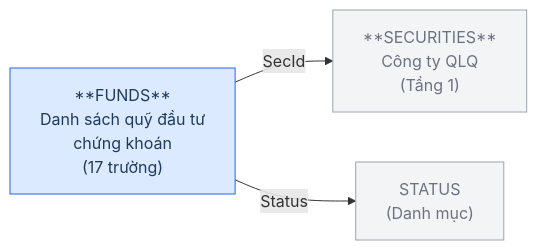
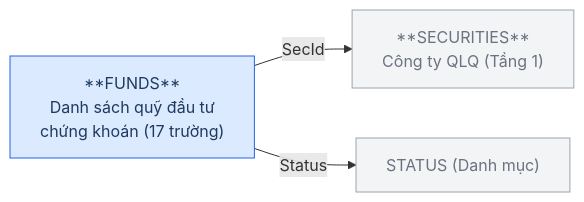
The first of 16 diagrams in Silver/hld/FMS_HLD_Tier2.md (linhlvit/ubck_atomic_design), drawn with Mermaid before and after one commit. The commit also changed other lines of this file and 1 other file, not shown here.

````diff
--- a/Silver/hld/FMS_HLD_Tier2.md
+++ b/Silver/hld/FMS_HLD_Tier2.md
@@ -21,12 +21,12 @@
 ```mermaid
 graph LR
     classDef src fill:#dbeafe,stroke:#2563eb,color:#1e3a5f
     classDef ref fill:#f3f4f6,stroke:#9ca3af,color:#6b7280
 
-    SECURITIES["**SECURITIES**\nCông ty QLQ\n(Tầng 1)"]:::ref
-    STATUS["STATUS\n(Danh mục)"]:::ref
-    FUNDS["**FUNDS**\nDanh sách quỹ đầu tư\nchứng khoán\n(17 trường)"]:::src
+    SECURITIES["**SECURITIES**\nCông ty QLQ (Tầng 1)"]:::ref
+    STATUS["STATUS (Danh mục)"]:::ref
+    FUNDS["**FUNDS**\nDanh sách quỹ đầu tư\nchứng khoán (17 trường)"]:::src
 
     FUNDS -->|SecId| SECURITIES
     FUNDS -->|Status| STATUS
 ```
````
